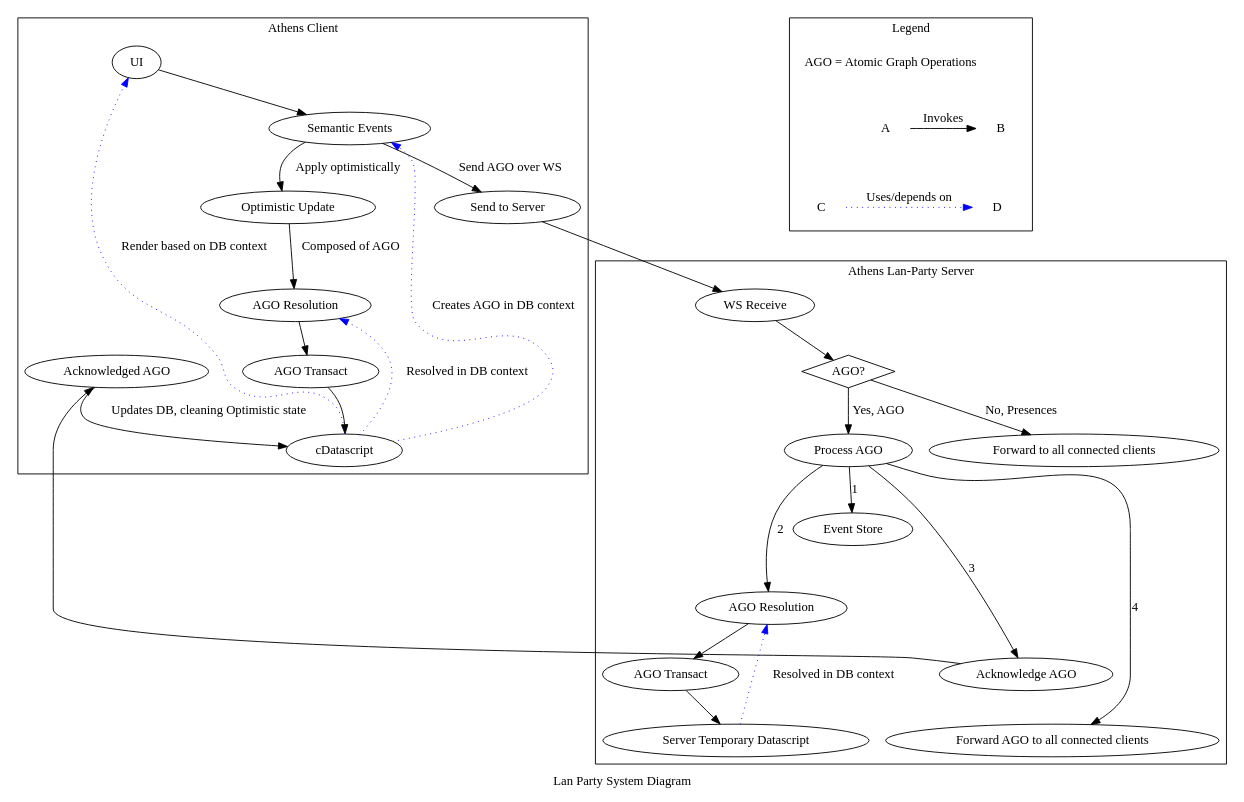
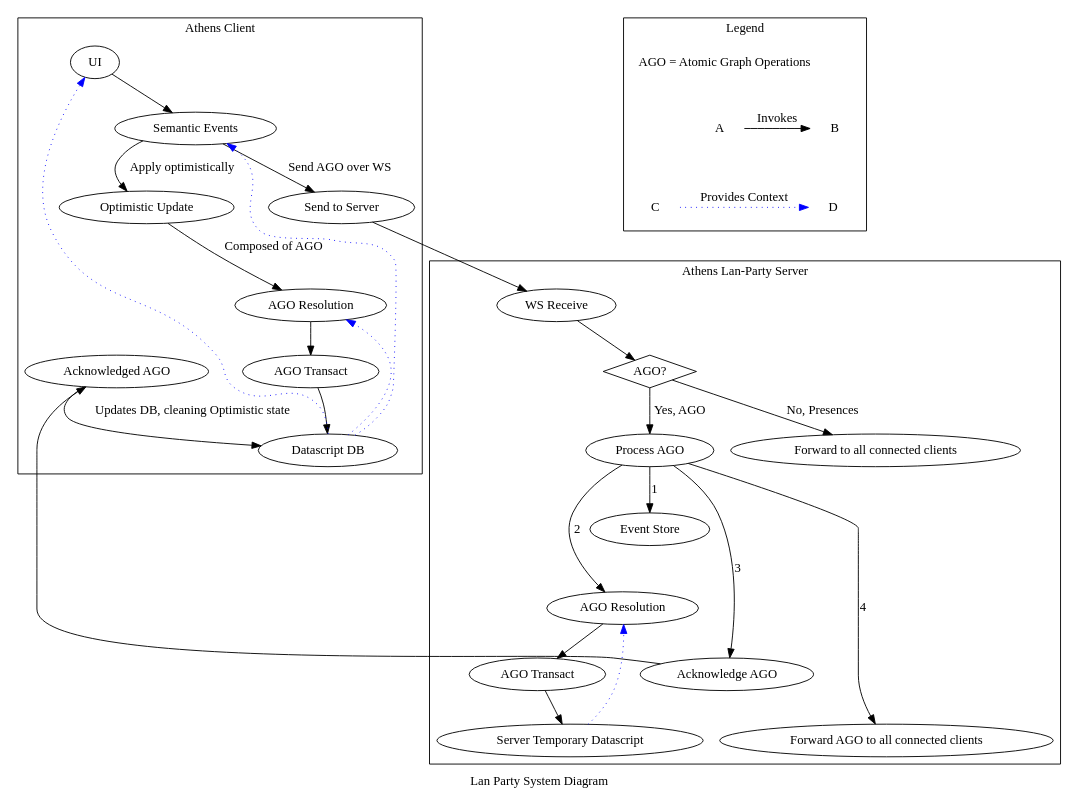
Before and after one commit to athensresearch/athens: the diagram in doc/adr/0017-system-design-lan-party.dot, drawn with Graphviz. The commit also changed 3 other files, not shown here.

First line of the commit message:
docs: updated "context providing" blue dotted arrows legend.

```diff
--- a/doc/adr/0017-system-design-lan-party.dot
+++ b/doc/adr/0017-system-design-lan-party.dot
@@ -1,79 +1,79 @@
 digraph system_diagram {
     label="Lan Party System Diagram";
 
     subgraph cluster_client {
         label="Athens Client";
 
         UI;
         cSE [label="Semantic Events";];
         "Optimistic Update";
         cResolution [label="AGO Resolution"];
         cTransact [label="AGO Transact"];
-        cDatascript;
+        cDatascript [label="Datascript DB";];
         SendIt [label="Send to Server"];
         cAck [label="Acknowledged AGO";];
 
         UI -> cSE;
         cSE -> "Optimistic Update" [label="Apply optimistically";];
         cSE -> SendIt [label="Send AGO over WS";];
         "Optimistic Update" -> cResolution [label="Composed of AGO";];
         cResolution -> cTransact;
         cTransact -> cDatascript;
 
         cAck -> cDatascript [label="Updates DB, cleaning Optimistic state";];
-        cDatascript -> UI [style=dotted; label="Render based on DB context"; color=blue];
-        cDatascript -> cResolution [style=dotted; label="Resolved in DB context"; color=blue];
-        cDatascript -> cSE [style=dotted; label="Creates AGO in DB context"; color=blue];
+        cDatascript -> UI [style=dotted; color=blue];
+        cDatascript -> cResolution [style=dotted; color=blue];
+        cDatascript -> cSE [style=dotted; color=blue];
     }
 
     subgraph cluster_server {
         label="Athens Lan-Party Server";
 
         wsReceive [label="WS Receive";];
         isAGO [shape=diamond; label="AGO?";];
         sAGO [label="Process AGO";];
         sResolution [label="AGO Resolution";];
         sTransact [label="AGO Transact";];
         sDatascript [label="Server Temporary Datascript";];
         sAck [label="Acknowledge AGO";];
         sPresence [label="Forward to all connected clients";];
         sForward [label="Forward AGO to all connected clients";];
         sEventStore [label="Event Store";];
         
         wsReceive -> isAGO;
         isAGO -> sAGO [label="Yes, AGO";];
         sAGO -> sEventStore [label="1";];
         sAGO -> sResolution [label="2";];
         sAGO -> sAck [label="3";];
         sAGO -> sForward [label="4";];
         sResolution -> sTransact;
         sTransact -> sDatascript;
 
-        sDatascript -> sResolution [style=dotted; label="Resolved in DB context"; color=blue];
+        sDatascript -> sResolution [style=dotted; color=blue];
 
         isAGO -> sPresence [label="No, Presences";];
 
         sEventStore -> sResolution -> sAck -> sForward [style=invis;];
     }
 
     SendIt -> wsReceive;
     sAck -> cAck;
     
     subgraph cluster_legend {
         
         label="Legend";
 
         AGO [label=<AGO = Atomic Graph Operations>; shape=plaintext]
         A [shape=plaintext];
         B [shape=plaintext];
         C [shape=plaintext];
         D [shape=plaintext];
 
         { rank=same AGO }
         { rank=same A B }
         { rank=same C D }
-        A->B [label="Invokes"];
-        C->D [style=dotted; color=blue; label="Uses/depends on"]
+        A->B [label="Invokes";];
+        C->D [style=dotted; color=blue; label="Provides Context";];
         AGO -> A -> D [style=invis]
     }
 }
```
